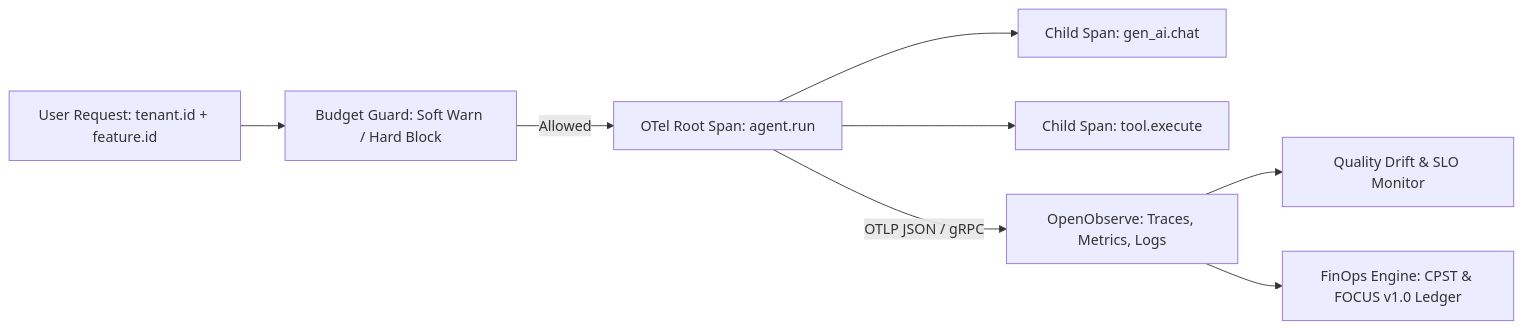
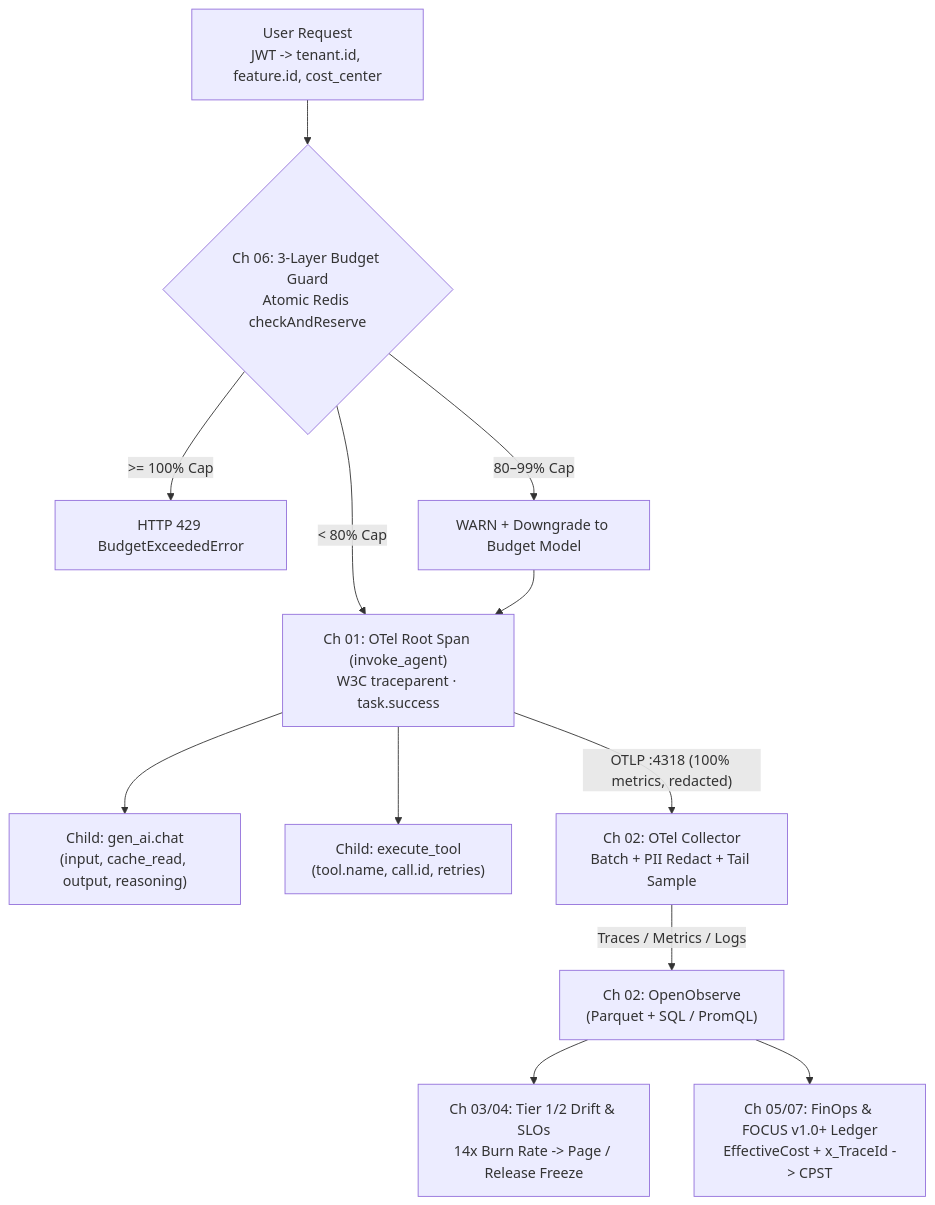
One commit to Amie-dev/FDE-and-GenAI-Mastery changed the diagram in Lecture 43 - AI Observability OTel and FOCUS FinOps/notes/Lecture_43_Complete_Notes.md. Above: the diagram before and after it, drawn with Mermaid. The commit also changed other lines of this file and 13 other files, not shown here.

Commit message:
Refactor Lecture 44 and Lecture 45 notes for clarity and depth; enhance structure with executive summaries, chapter-by-chapter revisions, and detailed cheat sheets. Update diagrams to reflect improved architecture and flow, emphasizing security measures and identity management protocols.

````diff
--- a/Lecture 43 - AI Observability OTel and FOCUS FinOps/notes/Lecture_43_Complete_Notes.md
+++ b/Lecture 43 - AI Observability OTel and FOCUS FinOps/notes/Lecture_43_Complete_Notes.md
@@ -9,10 +34,14 @@
 ```mermaid
-flowchart LR
-    U[User Request: tenant.id + feature.id] --> BG[Budget Guard: Soft Warn / Hard Block]
-    BG -->|Allowed| AG[OTel Root Span: agent.run]
-    AG --> M[Child Span: gen_ai.chat]
-    AG --> T[Child Span: tool.execute]
-    AG -->|OTLP JSON / gRPC| OO[OpenObserve: Traces, Metrics, Logs]
-    OO --> SLO[Quality Drift & SLO Monitor]
-    OO --> FIN[FinOps Engine: CPST & FOCUS v1.0 Ledger]
+flowchart TD
+    Req["User Request<br/>JWT -> tenant.id, feature.id, cost_center"] --> Budget{"Ch 06: 3-Layer Budget Guard<br/>Atomic Redis checkAndReserve"}
+    Budget -->|">= 100% Cap"| Block["HTTP 429 BudgetExceededError"]
+    Budget -->|"80–99% Cap"| Downgrade["WARN + Downgrade to Budget Model"]
+    Budget -->|"< 80% Cap"| Agent["Ch 01: OTel Root Span (invoke_agent)<br/>W3C traceparent · task.success"]
+    Downgrade --> Agent
+    Agent --> Model["Child: gen_ai.chat<br/>(input, cache_read, output, reasoning)"]
+    Agent --> Tool["Child: execute_tool<br/>(tool.name, call.id, retries)"]
+    Agent -->|"OTLP :4318 (100% metrics, redacted)"| Col["Ch 02: OTel Collector<br/>Batch + PII Redact + Tail Sample"]
+    Col -->|"Traces / Metrics / Logs"| OO["Ch 02: OpenObserve<br/>(Parquet + SQL / PromQL)"]
+    OO --> Drift["Ch 03/04: Tier 1/2 Drift & SLOs<br/>14x Burn Rate -> Page / Release Freeze"]
+    OO --> Fin["Ch 05/07: FinOps & FOCUS v1.0+ Ledger<br/>EffectiveCost + x_TraceId -> CPST"]
 ```
````
